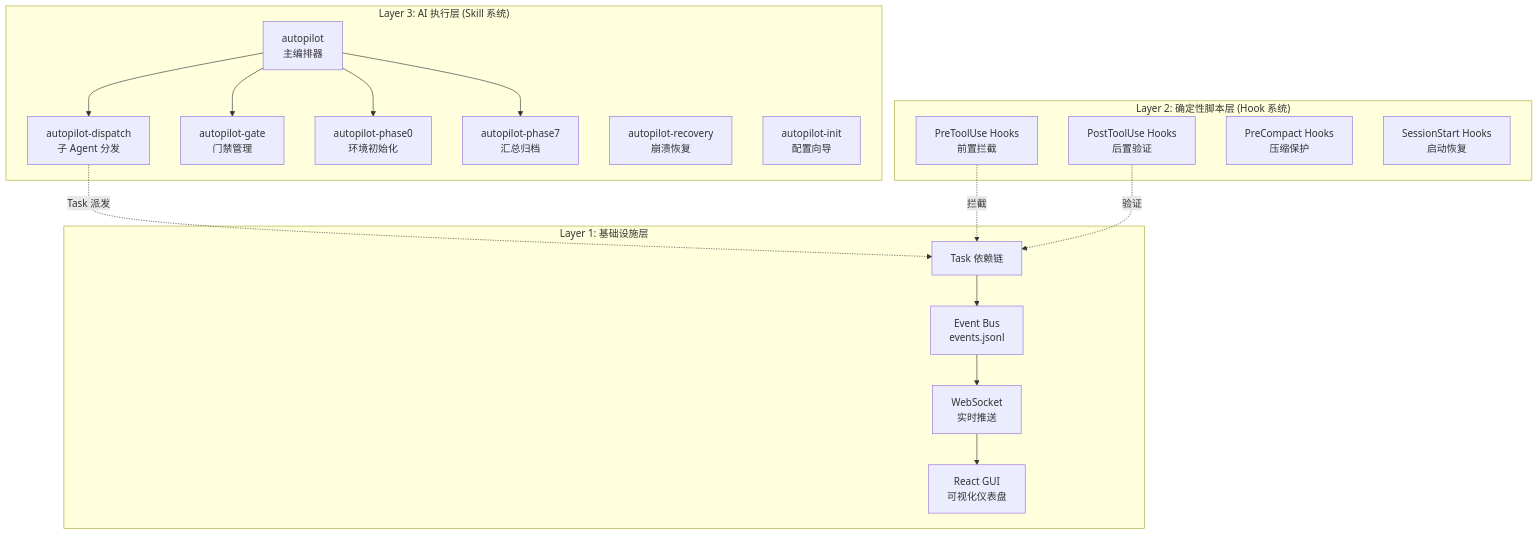
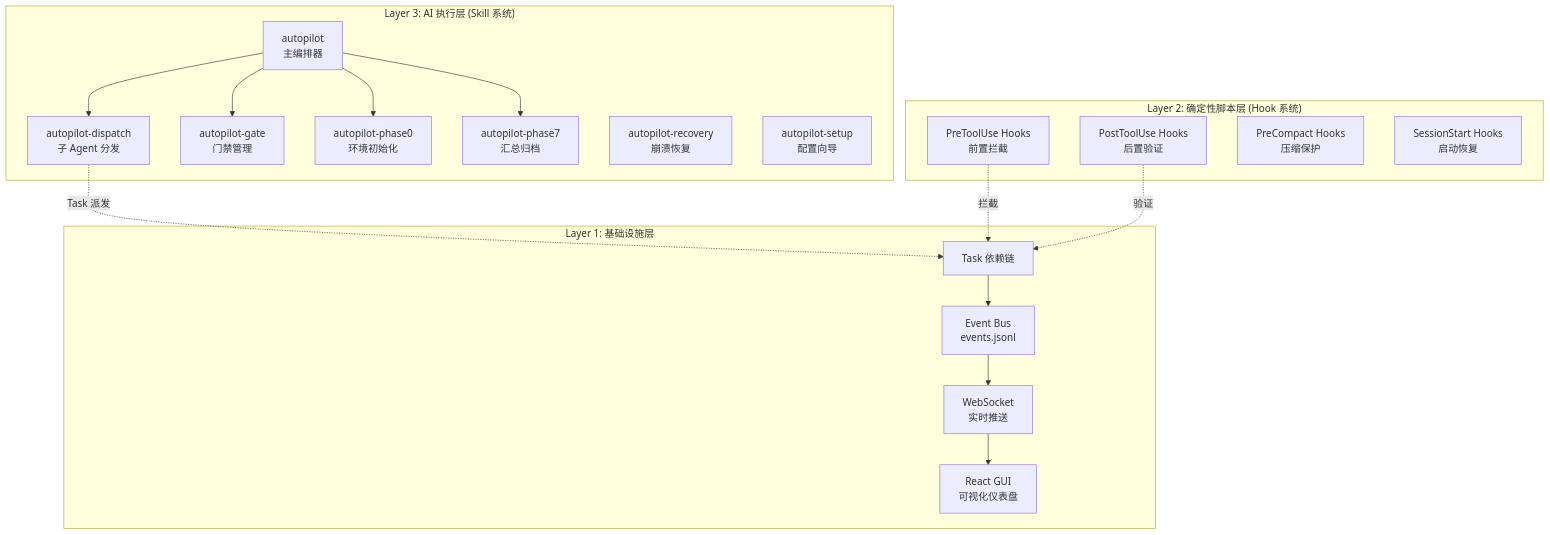
Before and after one commit to lorainwings/claude-autopilot: the third of 8 diagrams in plugins/spec-autopilot/docs/product-overview.zh.md, drawn with Mermaid. The commit also changed 87 other files, not shown here.

First line of the commit message:
refactor(spec-autopilot): rename autopilot-init to autopilot-setup and slim down autopilot-recovery

````diff
--- a/plugins/spec-autopilot/docs/product-overview.zh.md
+++ b/plugins/spec-autopilot/docs/product-overview.zh.md
@@ -117,37 +117,37 @@
 ```mermaid
 graph TB
     subgraph "Layer 3: AI 执行层 (Skill 系统)"
         S1[autopilot<br/>主编排器]
         S2[autopilot-dispatch<br/>子 Agent 分发]
         S3[autopilot-gate<br/>门禁管理]
         S4[autopilot-phase0<br/>环境初始化]
         S5[autopilot-phase7<br/>汇总归档]
         S6[autopilot-recovery<br/>崩溃恢复]
-        S7[autopilot-init<br/>配置向导]
+        S7[autopilot-setup<br/>配置向导]
     end
 
     subgraph "Layer 2: 确定性脚本层 (Hook 系统)"
         H1[PreToolUse Hooks<br/>前置拦截]
         H2[PostToolUse Hooks<br/>后置验证]
         H3[PreCompact Hooks<br/>压缩保护]
         H4[SessionStart Hooks<br/>启动恢复]
     end
 
     subgraph "Layer 1: 基础设施层"
         T1[Task 依赖链]
         E1[Event Bus<br/>events.jsonl]
         WS[WebSocket<br/>实时推送]
         GUI[React GUI<br/>可视化仪表盘]
     end
 
     S1 --> S2
     S1 --> S3
     S1 --> S4
     S1 --> S5
     S2 -.->|Task 派发| T1
     H1 -.->|拦截| T1
     H2 -.->|验证| T1
     T1 --> E1
     E1 --> WS
     WS --> GUI
 ```
````
